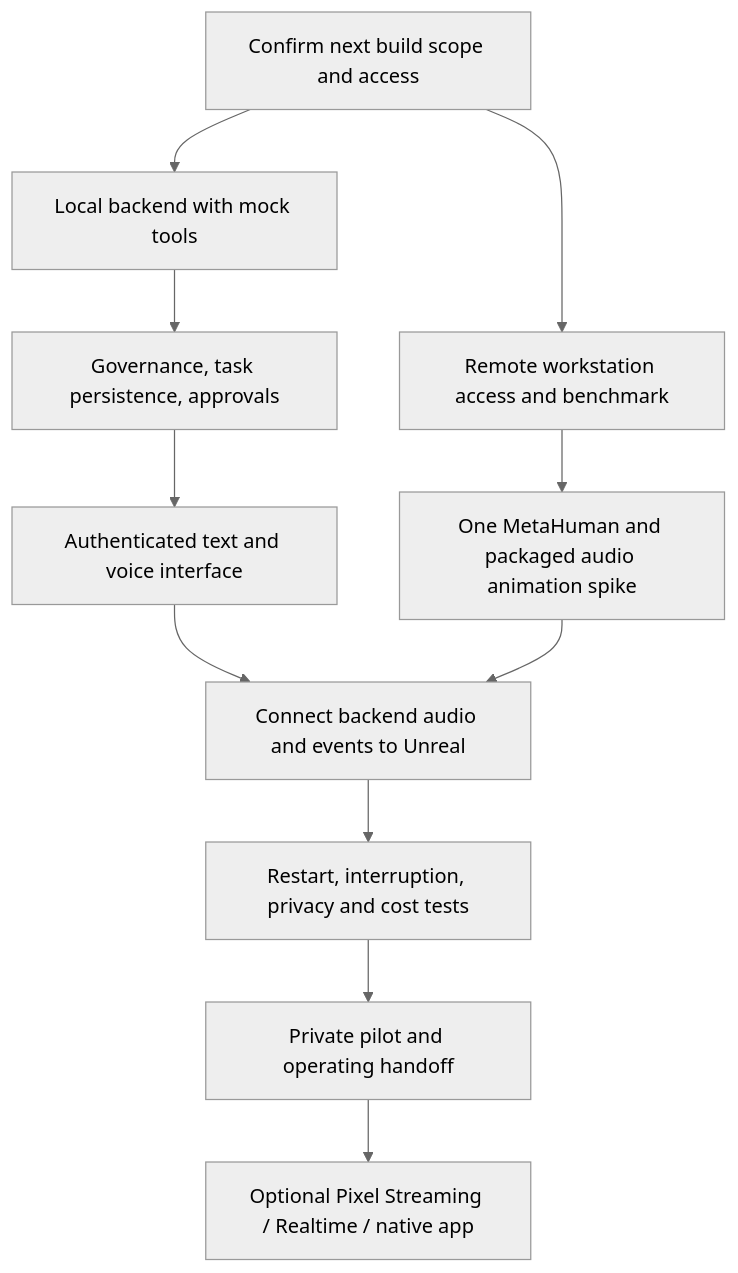
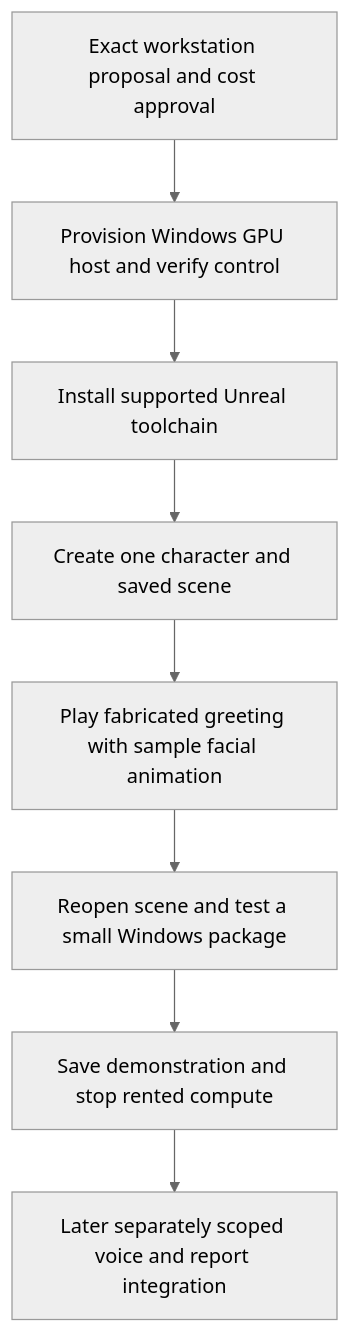
The diagram in README.md (6t8hggfm44-tech/remote-persistent-agent-avatar-with-compute-access), drawn with Mermaid (neutral theme) before and after one commit. The commit also changed other lines of this file and 8 other files, not shown here.

Commit message:
Prioritize isolated Unreal character and prepare GPU workstation setup

````diff
--- a/README.md
+++ b/README.md
@@ -50,13 +53,10 @@
 ```mermaid
 flowchart TD
-    A[Confirm next build scope and access] --> B[Local backend with mock tools]
-    A --> C[Remote workstation access and benchmark]
-    B --> D[Governance, task persistence, approvals]
-    D --> E[Authenticated text and voice interface]
-    C --> F[One MetaHuman and packaged audio animation spike]
-    E --> G[Connect backend audio and events to Unreal]
-    F --> G
-    G --> H[Restart, interruption, privacy and cost tests]
-    H --> I[Private pilot and operating handoff]
-    I --> J[Optional Pixel Streaming / Realtime / native app]
+    A[Exact workstation proposal and cost approval] --> B[Provision Windows GPU host and verify control]
+    B --> C[Install supported Unreal toolchain]
+    C --> D[Create one character and saved scene]
+    D --> E[Play fabricated greeting with sample facial animation]
+    E --> F[Reopen scene and test a small Windows package]
+    F --> G[Save demonstration and stop rented compute]
+    G --> H[Later separately scoped voice and report integration]
 ```
````
